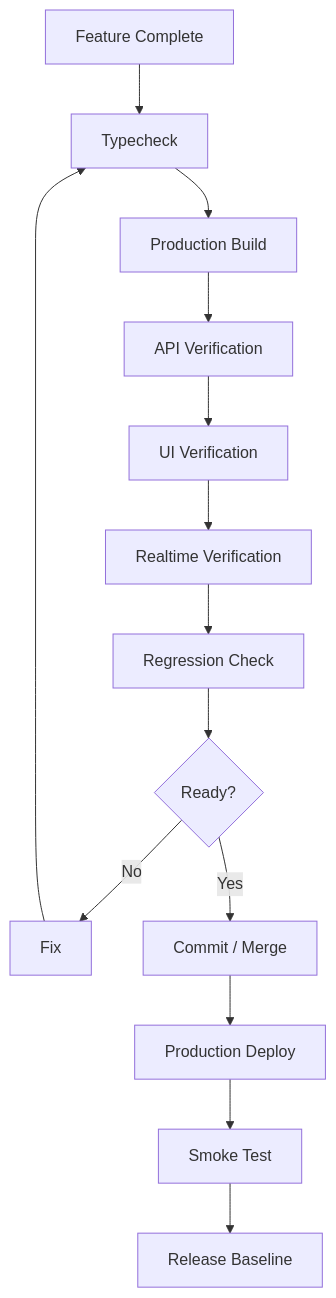
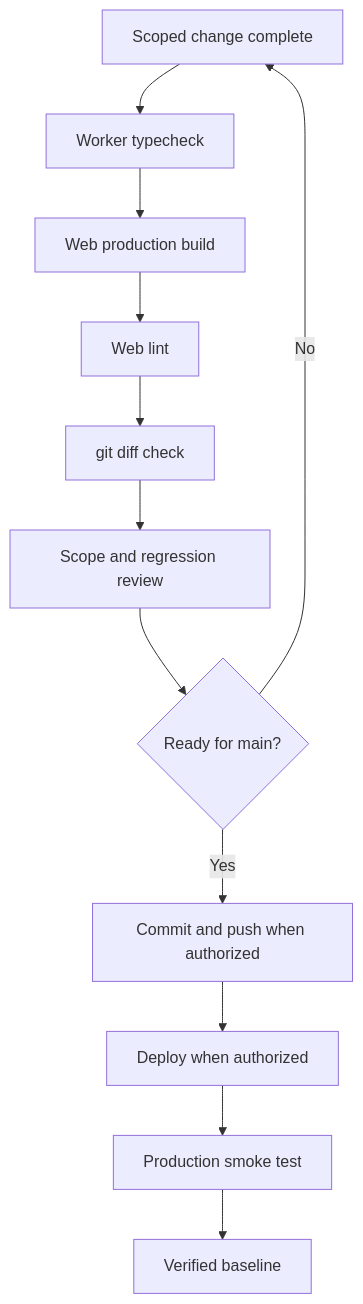
One commit to Transient-Onlooker/tg-note-agent-web changed the tenth of 11 diagrams in docs/DEVELOPMENT_FLOW.md. Above: the diagram before and after it, drawn with Mermaid. The commit also changed other lines of this file, not shown here.

Commit message:
Improve development workflow diagrams

````diff
--- a/docs/DEVELOPMENT_FLOW.md
+++ b/docs/DEVELOPMENT_FLOW.md
@@ -502,23 +289,18 @@
 ```mermaid
 flowchart TD
+    FEATURE[Scoped change complete]
+    TYPES[Worker typecheck]
+    BUILD[Web production build]
+    LINT[Web lint]
+    DIFF[git diff check]
+    REVIEW[Scope and regression review]
+    READY{Ready for main?}
+    COMMIT[Commit and push when authorized]
+    DEPLOY[Deploy when authorized]
+    SMOKE[Production smoke test]
+    BASELINE[Verified baseline]
 
-    FEATURE[Feature Complete]
-
-    FEATURE --> TYPES[Typecheck]
-    TYPES --> BUILD[Production Build]
-    BUILD --> API[API Verification]
-    API --> UI[UI Verification]
-    UI --> RT[Realtime Verification]
-    RT --> REG[Regression Check]
-
-    REG --> READY{Ready?}
-
-    READY -- No --> FIX[Fix]
-    FIX --> TYPES
-
-    READY -- Yes --> COMMIT[Commit / Merge]
-    COMMIT --> DEPLOY[Production Deploy]
-    DEPLOY --> SMOKE[Smoke Test]
-
-    SMOKE --> RELEASE[Release Baseline]
+    FEATURE --> TYPES --> BUILD --> LINT --> DIFF --> REVIEW --> READY
+    READY -->|No| FEATURE
+    READY -->|Yes| COMMIT --> DEPLOY --> SMOKE --> BASELINE
 ```
````
